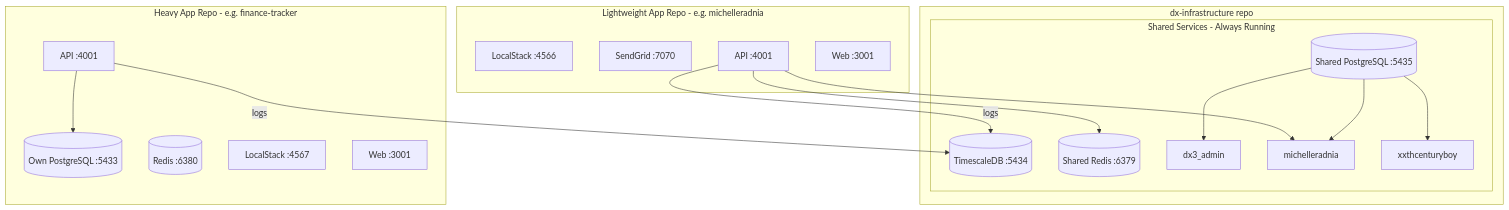
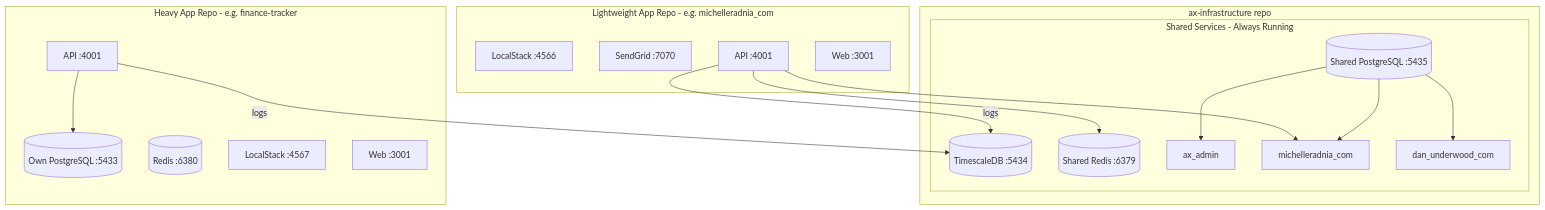
Before and after one commit to xxthcenturyboy/DX3-Monorepo: the sixth of 8 diagrams in docs/MULTI-APP-ECOSYSTEM-ARCHITECTURE.md, drawn with Mermaid. The commit also changed other lines of this file and 21 other files, not shown here.

````diff
--- a/docs/MULTI-APP-ECOSYSTEM-ARCHITECTURE.md
+++ b/docs/MULTI-APP-ECOSYSTEM-ARCHITECTURE.md
@@ -381,34 +381,34 @@
 ```mermaid
 flowchart TB
-    subgraph InfraRepo [dx-infrastructure repo]
+    subgraph InfraRepo [ax-infrastructure repo]
         subgraph SharedServices [Shared Services - Always Running]
             TimescaleDB[(TimescaleDB :5434)]
             SharedPG[(Shared PostgreSQL :5435)]
             SharedRedis[(Shared Redis :6379)]
-            SharedPG --> Dx3AdminDB[dx3_admin]
-            SharedPG --> MichelleDB[michelleradnia]
-            SharedPG --> XxthDB[xxthcenturyboy]
+            SharedPG --> Dx3AdminDB[ax_admin]
+            SharedPG --> MichelleDB[michelleradnia_com]
+            SharedPG --> XxthDB[dan_underwood_com]
         end
     end
 
-    subgraph LightweightApp [Lightweight App Repo - e.g. michelleradnia]
+    subgraph LightweightApp [Lightweight App Repo - e.g. michelleradnia_com]
         L_LocalStack[LocalStack :4566]
         L_SendGrid[SendGrid :7070]
         L_API[API :4001]
         L_Web[Web :3001]
     end
 
     subgraph HeavyApp [Heavy App Repo - e.g. finance-tracker]
         H_PG[(Own PostgreSQL :5433)]
         H_Redis[(Redis :6380)]
         H_LocalStack[LocalStack :4567]
         H_API[API :4001]
         H_Web[Web :3001]
     end
 
     L_API --> MichelleDB
     L_API -->|logs| TimescaleDB
     L_API --> SharedRedis
     H_API --> H_PG
     H_API -->|logs| TimescaleDB
 ```
````
